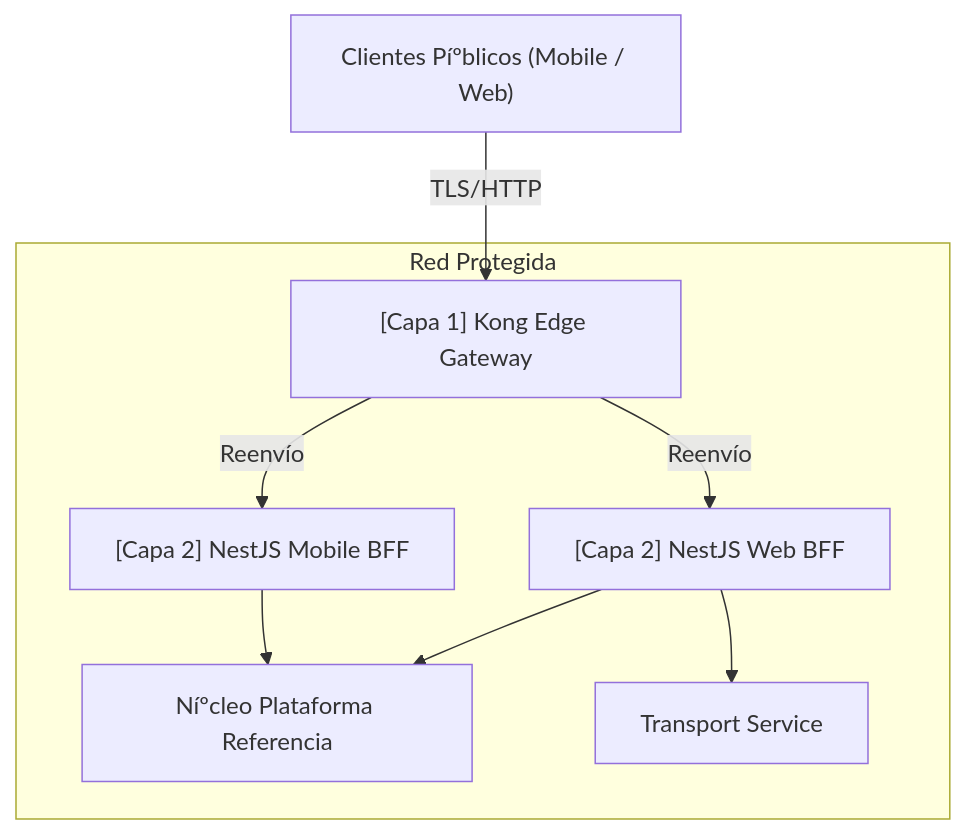
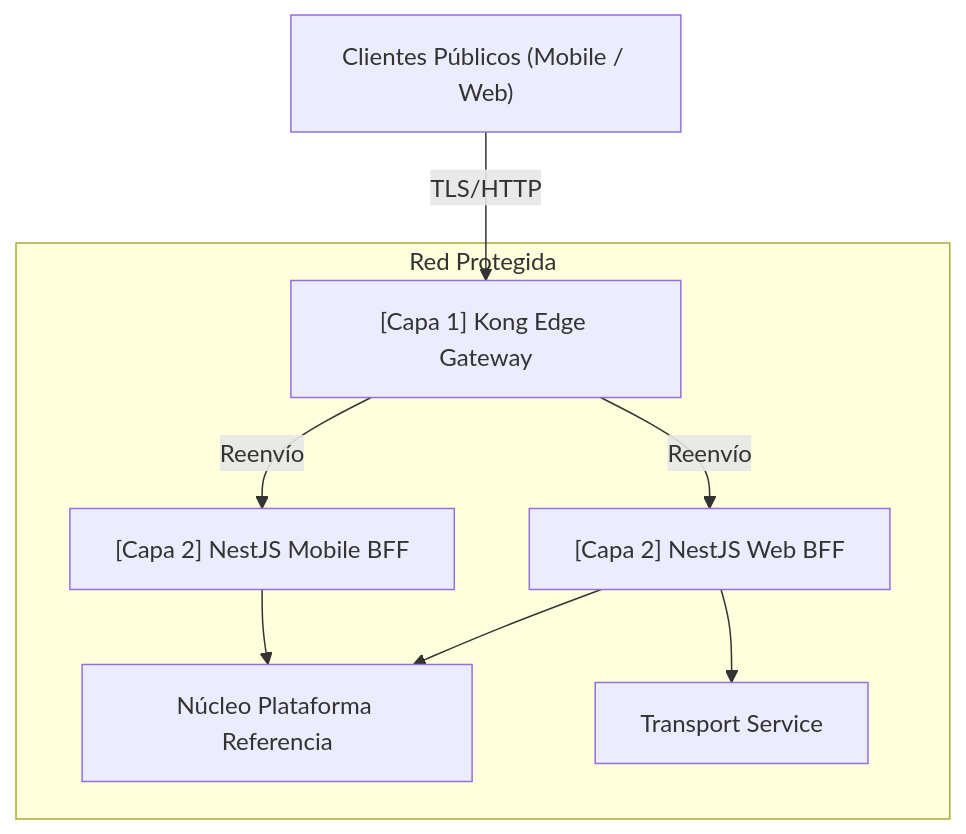
The diagram in architecture/adrs-es/core/0030-api-gateway-kong-vs-nestjs.md (beyondnetcode/arc32_progresive_monolith), drawn with Mermaid before and after one commit. The commit also changed other lines of this file and 328 other files, not shown here.

Commit message:
chore: update and synchronize governance, architecture, and SDLC documentation across multiple languages

````diff
--- a/architecture/adrs-es/core/0030-api-gateway-kong-vs-nestjs.md
+++ b/architecture/adrs-es/core/0030-api-gateway-kong-vs-nestjs.md
@@ -20,13 +20,13 @@
 ```mermaid
 graph TD
-    U["Clientes Píºblicos (Mobile / Web)"] -->|TLS/HTTP| K["[Capa 1] Kong Edge Gateway"]
-    
-    subgraph SecureCluster["Red Protegida"]
-        K -->|Reenví­o| W["[Capa 2] NestJS Web BFF"]
-        K -->|Reenví­o| M["[Capa 2] NestJS Mobile BFF"]
-        
-        W --> API["Níºcleo Plataforma Referencia"]
-        W --> TMS["Transport Service"]
-        M --> API
-    end
+ U["Clientes Públicos (Mobile / Web)"] -->|TLS/HTTP| K["[Capa 1] Kong Edge Gateway"]
+ 
+ subgraph SecureCluster["Red Protegida"]
+ K -->|Reenvío| W["[Capa 2] NestJS Web BFF"]
+ K -->|Reenvío| M["[Capa 2] NestJS Mobile BFF"]
+ 
+ W --> API["Núcleo Plataforma Referencia"]
+ W --> TMS["Transport Service"]
+ M --> API
+ end
 ```
````
